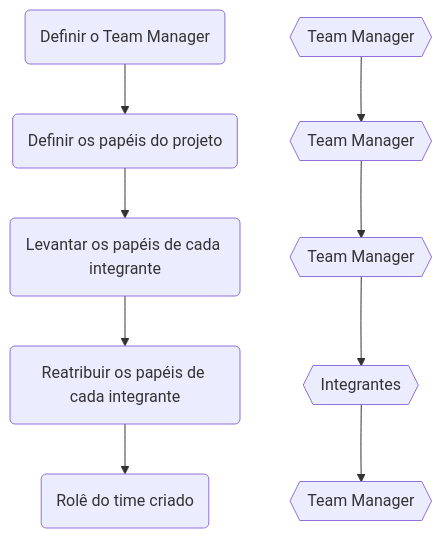
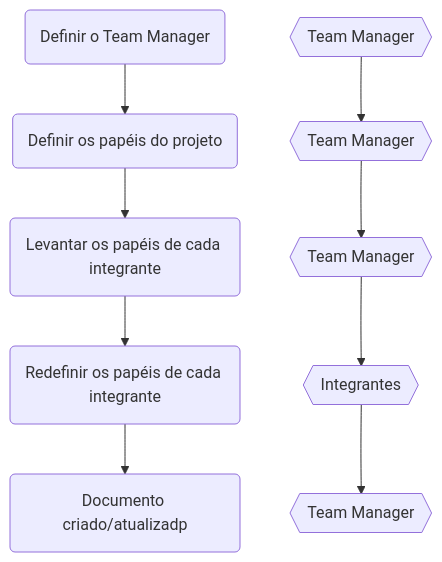
One commit to BrunoBiluca/biluca-knowledge changed the first of 2 diagrams in project_management/management_basics.md. Above: the diagram before and after it, drawn with Mermaid. The commit also changed other lines of this file and 10 other files, not shown here.

````diff
--- a/project_management/management_basics.md
+++ b/project_management/management_basics.md
@@ -116,19 +180,19 @@
 ```mermaid
 flowchart TB
 
 dtm(Definir o Team Manager)
 dr(Definir os papéis do projeto)
 ar(Levantar os papéis de cada integrante)
-rp(Reatribuir os papéis de cada integrante)
-doc(Rolê do time criado)
+rp(Redefinir os papéis de cada integrante)
+doc(Documento criado/atualizadp)
 
 teamManager1{{Team Manager}}
 teamManager2{{Team Manager}}
 teamManager3{{Team Manager}}
 teamManager4{{Team Manager}}
 integrante{{Integrantes}}
 
 teamManager1 --> teamManager2 --> teamManager3 --> integrante --> teamManager4
 
 dtm --> dr --> ar --> rp --> doc
 ```
````
